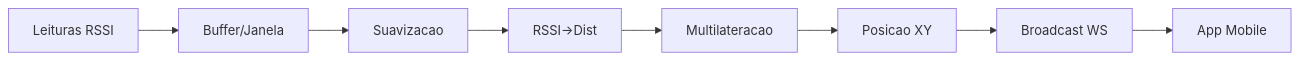
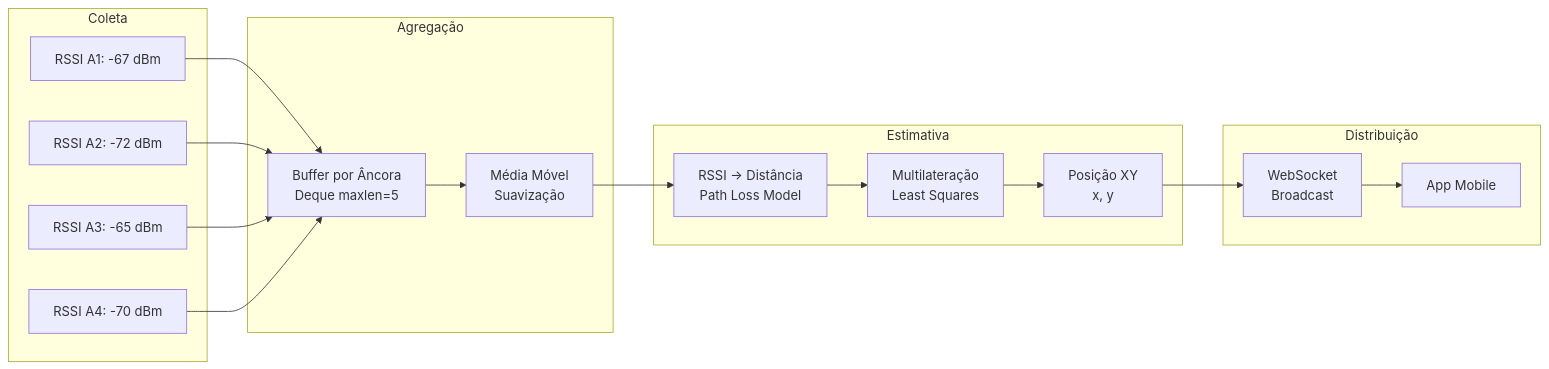
The second of 6 diagrams in mobile/App-RadarMotu/README.md (carmipa/NEXT-2025), drawn with Mermaid before and after one commit. The commit also changed other lines of this file and 16 other files, not shown here.

````diff
--- a/mobile/App-RadarMotu/README.md
+++ b/mobile/App-RadarMotu/README.md
@@ -63,10 +401,36 @@
 ```mermaid
 graph LR
-  R1[Leituras RSSI] --> BUF[Buffer/Janela]
-  BUF --> FILT[Suavizacao]
-  FILT --> DIST[RSSI->Dist]
-  DIST --> MULTI[Multilateracao]
-  MULTI --> POS[Posicao XY]
-  POS --> PUSH[Broadcast WS]
-  PUSH --> APP[App Mobile]
+    subgraph "Coleta"
+        RSSI1[RSSI A1: -67 dBm]
+        RSSI2[RSSI A2: -72 dBm]
+        RSSI3[RSSI A3: -65 dBm]
+        RSSI4[RSSI A4: -70 dBm]
+    end
+    
+    subgraph "Agregação"
+        BUF[Buffer por Âncora<br/>Deque maxlen=5]
+        FILT[Média Móvel<br/>Suavização]
+    end
+    
+    subgraph "Estimativa"
+        CONV[RSSI → Distância<br/>Path Loss Model]
+        MULTI[Multilateração<br/>Least Squares]
+        POS[Posição XY<br/>x, y]
+    end
+    
+    subgraph "Distribuição"
+        WS_BROADCAST[WebSocket<br/>Broadcast]
+        APP[App Mobile]
+    end
+    
+    RSSI1 --> BUF
+    RSSI2 --> BUF
+    RSSI3 --> BUF
+    RSSI4 --> BUF
+    BUF --> FILT
+    FILT --> CONV
+    CONV --> MULTI
+    MULTI --> POS
+    POS --> WS_BROADCAST
+    WS_BROADCAST --> APP
 ```
````
